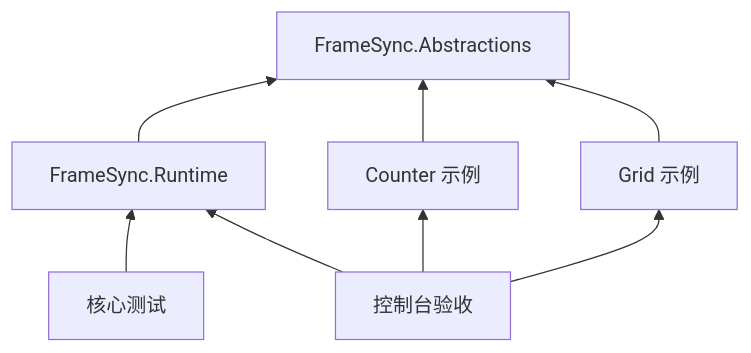
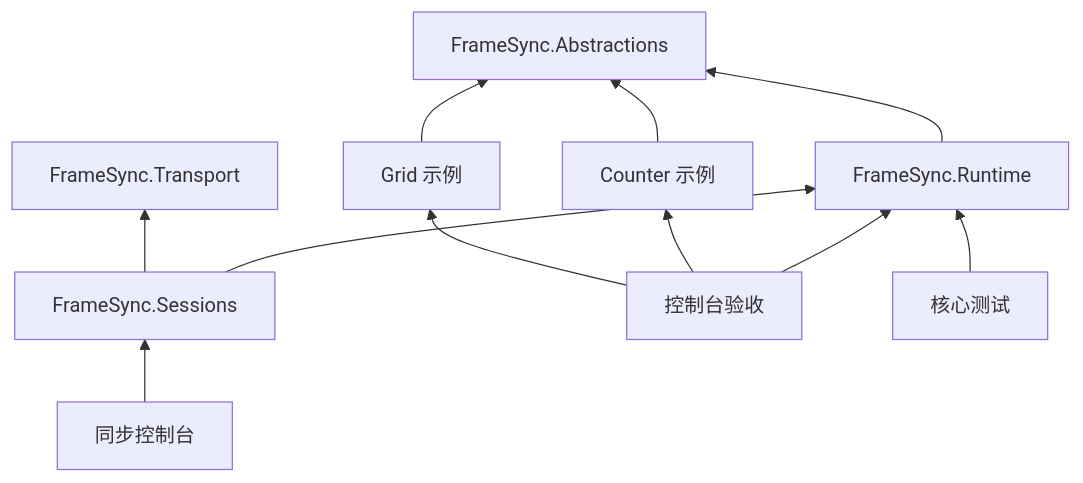
The diagram in README.md (lizujin1943-sketch/Advanture), drawn with Mermaid before and after one commit. The commit also changed other lines of this file and 60 other files, not shown here.

````diff
--- a/README.md
+++ b/README.md
@@ -54,10 +73,13 @@
 ```mermaid
 flowchart BT
-    Runtime[FrameSync.Runtime] --> Contracts[FrameSync.Abstractions]
+    Sessions[FrameSync.Sessions] --> Runtime[FrameSync.Runtime]
+    Sessions --> Transport[FrameSync.Transport]
+    Runtime --> Contracts[FrameSync.Abstractions]
+    SyncHarness[同步控制台] --> Sessions
     Counter[Counter 示例] --> Contracts
     Grid[Grid 示例] --> Contracts
     Harness[控制台验收] --> Runtime
     Harness --> Counter
     Harness --> Grid
     Tests[核心测试] --> Runtime
 ```
````
